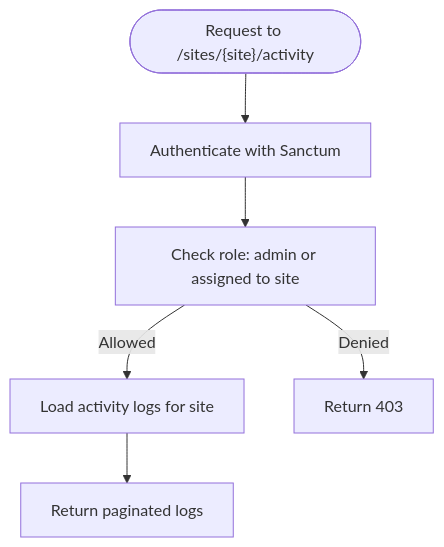
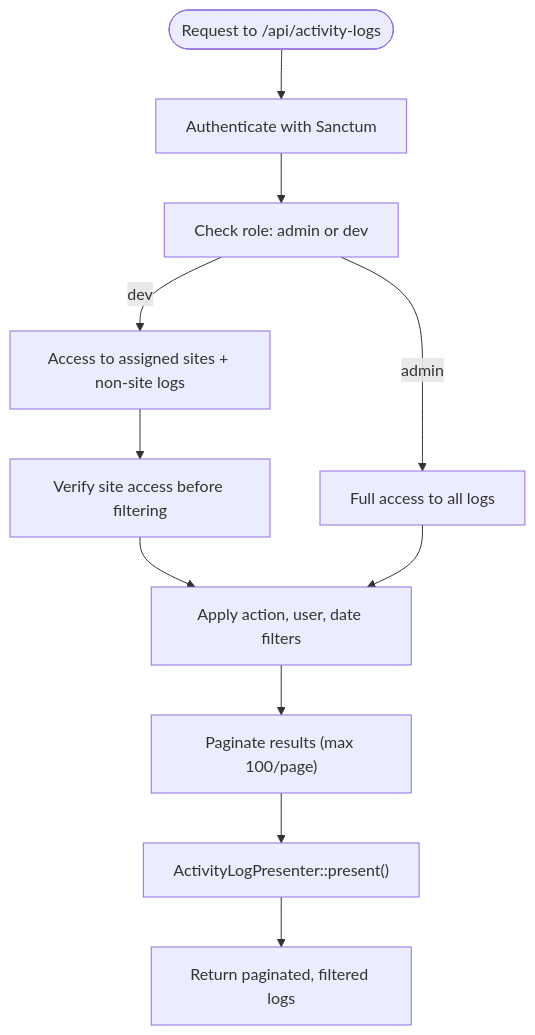
The seventh of 9 diagrams in .qoder/repowiki/en/content/Activity Logging & Auditing/Activity Logging & Auditing.md (FCS-WP/website_portal), drawn with Mermaid before and after one commit. The commit also changed other lines of this file and 30 other files, not shown here.

````diff
--- a/.qoder/repowiki/en/content/Activity Logging & Auditing/Activity Logging & Auditing.md
+++ b/.qoder/repowiki/en/content/Activity Logging & Auditing/Activity Logging & Auditing.md
@@ -221,8 +360,13 @@
 ```mermaid
 flowchart TD
-Start(["Request to /sites/{site}/activity"]) --> CheckAuth["Authenticate with Sanctum"]
-CheckAuth --> CheckRole["Check role: admin or assigned to site"]
-CheckRole --> |Allowed| LoadLogs["Load activity logs for site"]
-CheckRole --> |Denied| Deny["Return 403"]
-LoadLogs --> Return["Return paginated logs"]
+Start(["Request to /api/activity-logs"]) --> CheckAuth["Authenticate with Sanctum"]
+CheckAuth --> CheckRole["Check role: admin or dev"]
+CheckRole --> |admin| AdminAccess["Full access to all logs"]
+CheckRole --> |dev| DevAccess["Access to assigned sites + non-site logs"]
+DevAccess --> SiteFilter["Verify site access before filtering"]
+SiteFilter --> ApplyFilters["Apply action, user, date filters"]
+AdminAccess --> ApplyFilters
+ApplyFilters --> Paginate["Paginate results (max 100/page)"]
+Paginate --> Present["ActivityLogPresenter::present()"]
+Present --> Return["Return paginated, filtered logs"]
 ```
````
